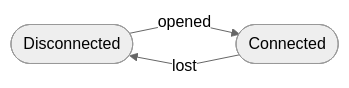
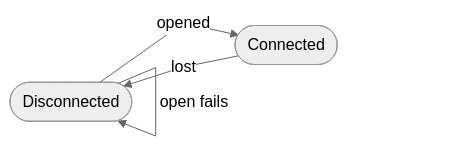
The first of 4 diagrams in docs/design/modbus-tcp-driver/design.md (jar-toiv/iot-testialusta), drawn with Mermaid before and after one commit. The commit also changed other lines of this file, not shown here.

````diff
--- a/docs/design/modbus-tcp-driver/design.md
+++ b/docs/design/modbus-tcp-driver/design.md
@@ -114,6 +91,7 @@
 ```mermaid
 %%{init: {'theme':'neutral', 'flowchart': {'curve':'linear'}}}%%
 flowchart LR
     D([Disconnected]) -- opened --> C([Connected])
+    D -- open fails --> D
     C -- lost --> D
 ```
````
